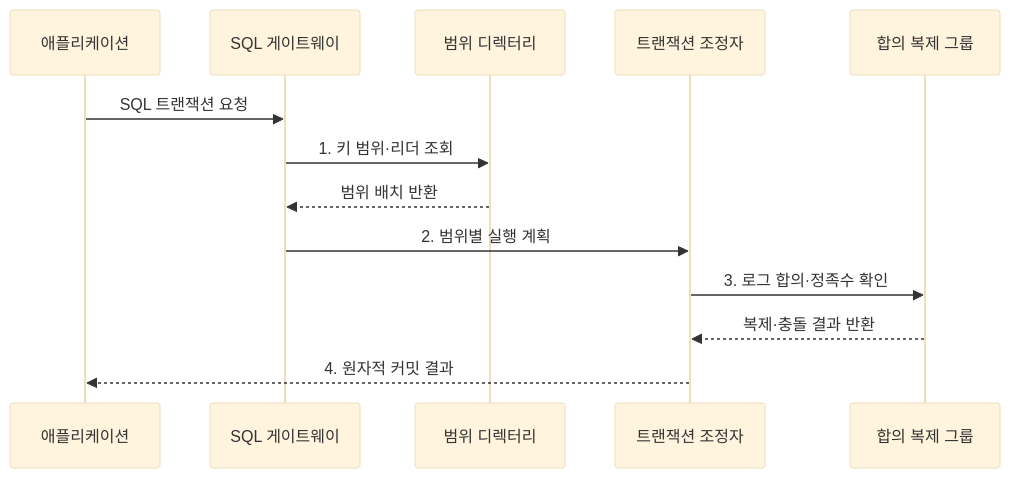
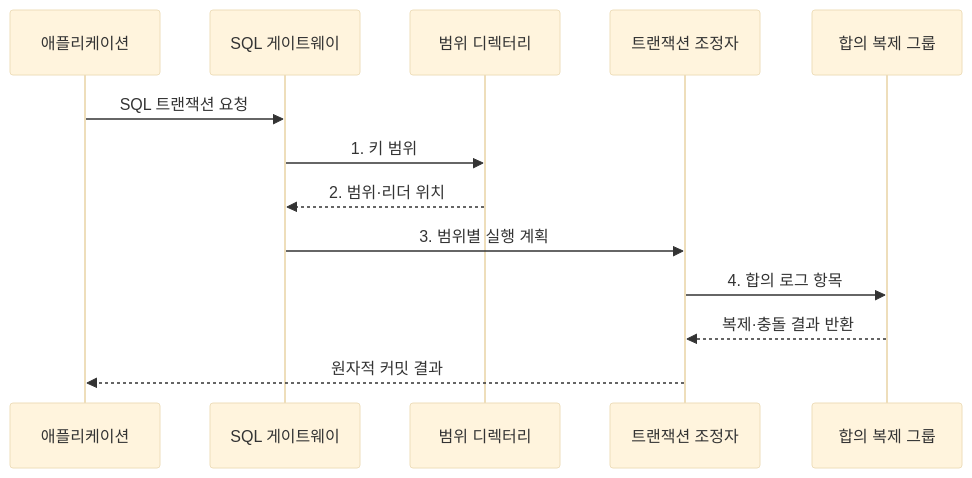
Before and after one commit to agnusdei1207/knowledge-base: the second of 2 diagrams in src/content/docs/notes/03-software/115_newsql.md, drawn with Mermaid (base theme). The commit also changed other lines of this file and 20 other files, not shown here.

````diff
--- a/src/content/docs/notes/03-software/115_newsql.md
+++ b/src/content/docs/notes/03-software/115_newsql.md
@@ -85,15 +93,15 @@
 ```mermaid
 sequenceDiagram
     participant A as 애플리케이션
     participant G as SQL 게이트웨이
     participant D as 범위 디렉터리
     participant C as 트랜잭션 조정자
     participant R as 합의 복제 그룹
     A->>G: SQL 트랜잭션 요청
-    G->>D: 1. 키 범위·리더 조회
-    D-->>G: 범위 배치 반환
-    G->>C: 2. 범위별 실행 계획
-    C->>R: 3. 로그 합의·정족수 확인
+    G->>D: 1. 키 범위
+    D-->>G: 2. 범위·리더 위치
+    G->>C: 3. 범위별 실행 계획
+    C->>R: 4. 합의 로그 항목
     R-->>C: 복제·충돌 결과 반환
-    C-->>A: 4. 원자적 커밋 결과
+    C-->>A: 원자적 커밋 결과
 ```
````
